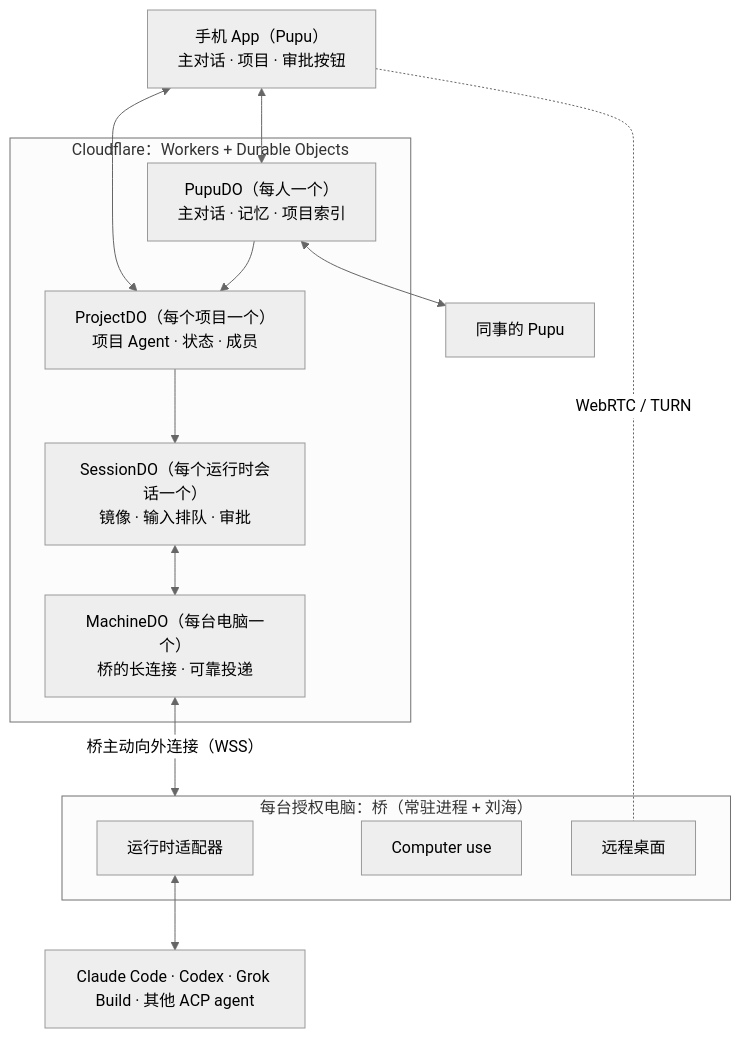
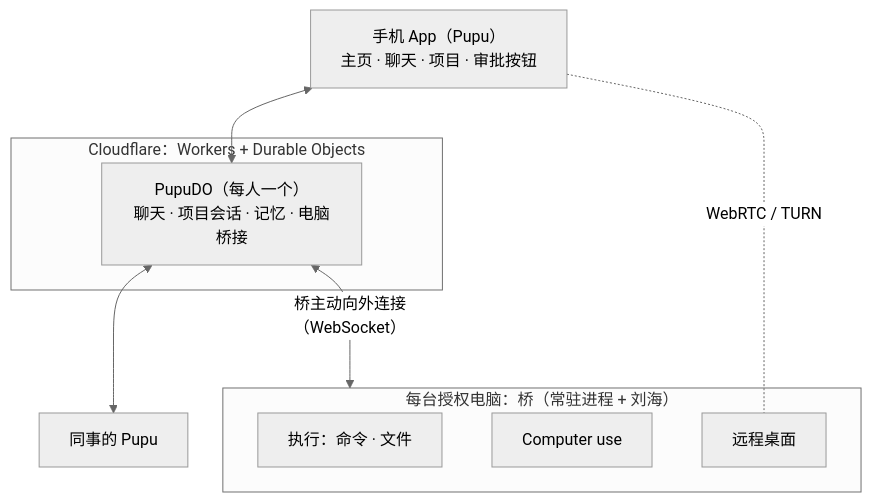
Before and after one commit to Hallalei/Pupu: the diagram in docs/需求说明.md, drawn with Mermaid (neutral theme). The commit also changed other lines of this file and 4 other files, not shown here.

````diff
--- a/docs/需求说明.md
+++ b/docs/需求说明.md
@@ -145,27 +128,18 @@
 ```mermaid
 flowchart TB
-  phone["手机 App（Pupu）<br/>主对话 · 项目 · 审批按钮"]
+  phone["手机 App（Pupu）<br/>主页 · 聊天 · 项目 · 审批按钮"]
   colleague["同事的 Pupu"]
   subgraph cf["Cloudflare：Workers + Durable Objects"]
-    pupu["PupuDO（每人一个）<br/>主对话 · 记忆 · 项目索引"]
-    project["ProjectDO（每个项目一个）<br/>项目 Agent · 状态 · 成员"]
-    machine["MachineDO（每台电脑一个）<br/>桥的长连接 · 可靠投递"]
-    session["SessionDO（每个运行时会话一个）<br/>镜像 · 输入排队 · 审批"]
+    pupu["PupuDO（每人一个）<br/>聊天 · 项目会话 · 记忆 · 电脑桥接"]
   end
   subgraph pc["每台授权电脑：桥（常驻进程 + 刘海）"]
-    adapters["运行时适配器"]
+    exec["执行：命令 · 文件"]
     cu["Computer use"]
     rd["远程桌面"]
   end
-  runtimes["Claude Code · Codex · Grok Build · 其他 ACP agent"]
 
   phone <--> pupu
-  phone <--> project
   pupu <--> colleague
-  pupu --> project
-  project --> session
-  session <--> machine
-  machine <-- "桥主动向外连接（WSS）" --> pc
-  adapters <--> runtimes
+  pupu <-- "桥主动向外连接（WebSocket）" --> pc
   phone -. "WebRTC / TURN" .- rd
 ```
````
